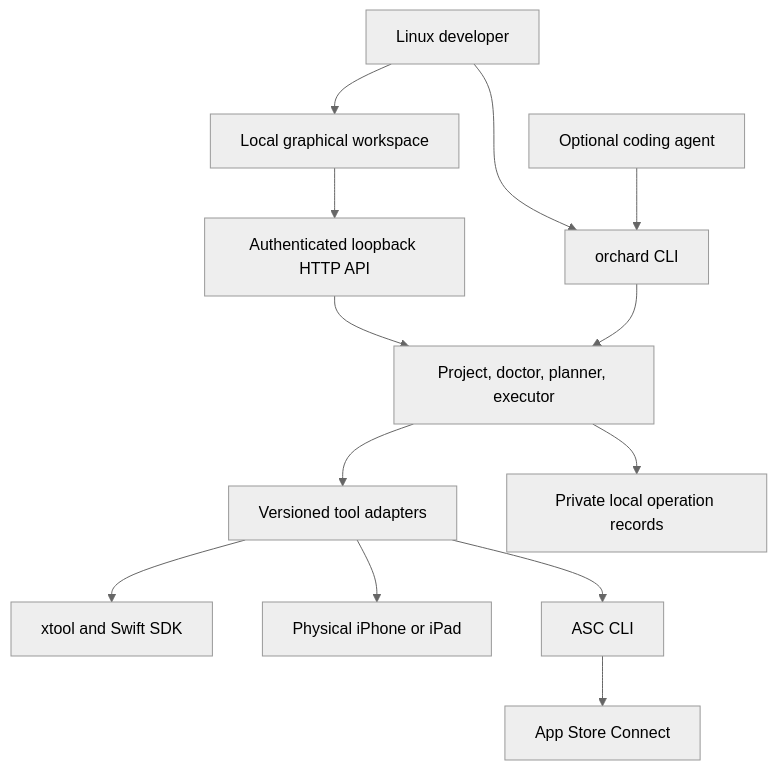
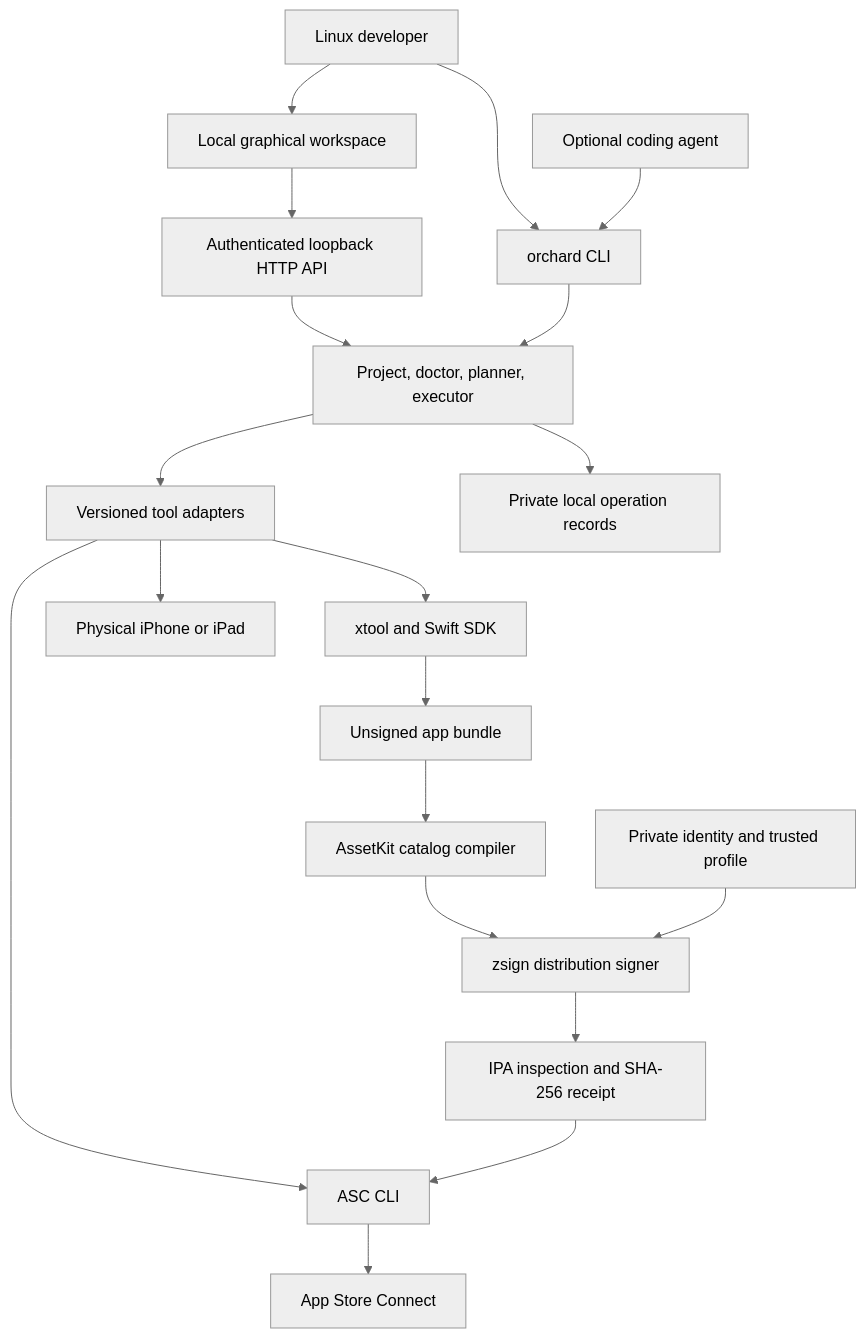
The diagram in docs/architecture.md (gerdums/pomeforge), drawn with Mermaid (neutral theme) before and after one commit. The commit also changed other lines of this file and 1 other file, not shown here.

Commit message:
Connect native distribution architecture and failed-run contract

````diff
--- a/docs/architecture.md
+++ b/docs/architecture.md
@@ -15,15 +15,21 @@
 ```mermaid
 flowchart TD
     Person[Linux developer] --> App[Local graphical workspace]
     Person --> CLI[orchard CLI]
     Agent[Optional coding agent] --> CLI
     App --> API[Authenticated loopback HTTP API]
     API --> Core[Project, doctor, planner, executor]
     CLI --> Core
     Core --> Tools[Versioned tool adapters]
     Tools --> Xtool[xtool and Swift SDK]
+    Xtool --> Bundle[Unsigned app bundle]
+    Bundle --> Assets[AssetKit catalog compiler]
+    Assets --> Sign[zsign distribution signer]
+    Identity[Private identity and trusted profile] --> Sign
+    Sign --> Inspect[IPA inspection and SHA-256 receipt]
     Tools --> Device[Physical iPhone or iPad]
     Tools --> ASC[ASC CLI]
+    Inspect --> ASC
     ASC --> Apple[App Store Connect]
     Core --> Evidence[Private local operation records]
 ```
````
